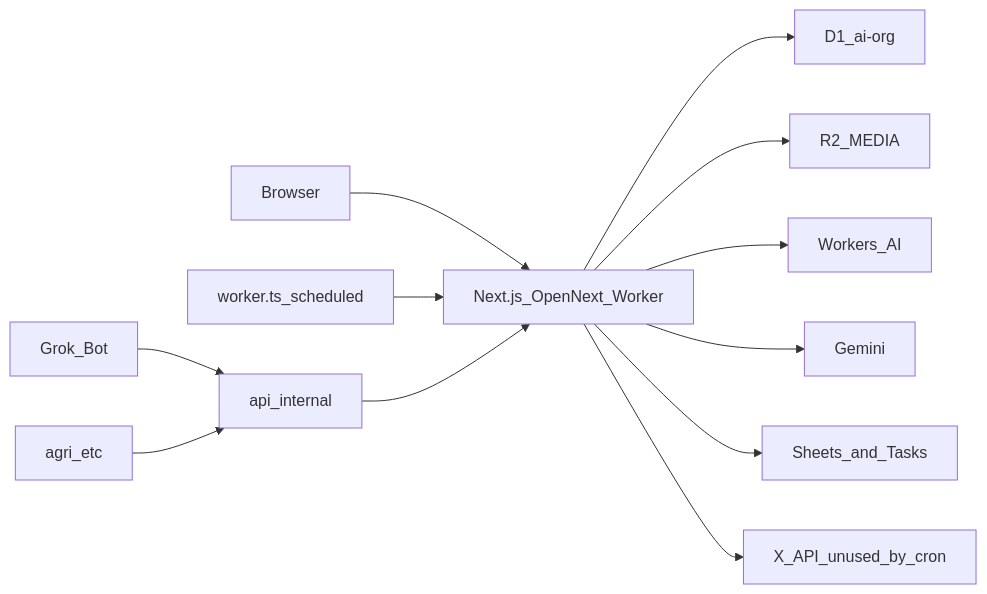
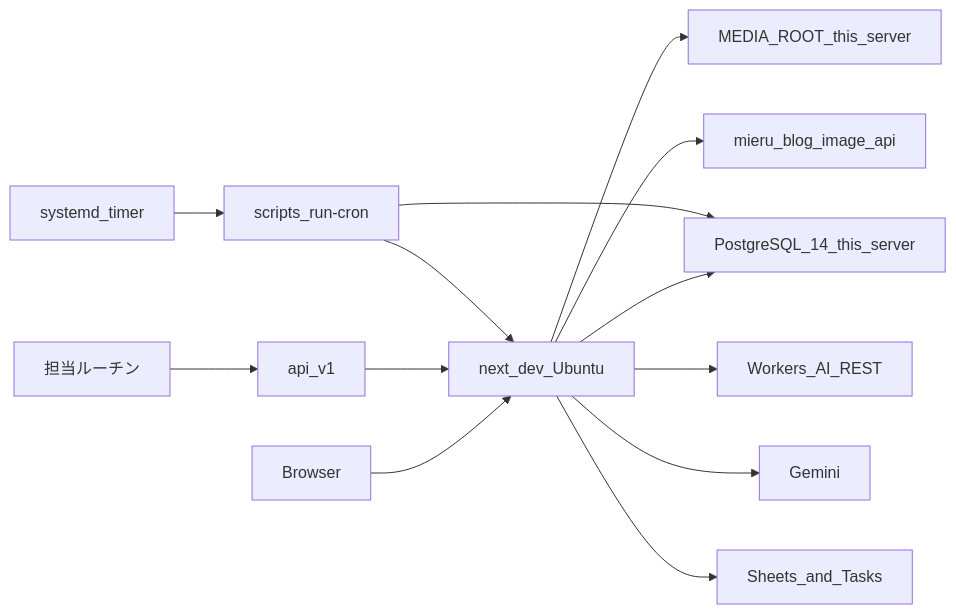
One commit to ssstakahashi/ai-org changed the diagram in docs/architecture.md. Above: the diagram before and after it, drawn with Mermaid. The commit also changed other lines of this file and 92 other files, not shown here.

First line of the commit message:
PostgreSQL 移行と API v1、ボット向け API ルール画面を追加

````diff
--- a/docs/architecture.md
+++ b/docs/architecture.md
@@ -9,14 +9,15 @@
 ```mermaid
 flowchart LR
-  Browser --> Worker["Next.js_OpenNext_Worker"]
-  Cron["worker.ts_scheduled"] --> Worker
-  GrokBot["Grok_Bot"] --> InternalAPI["api_internal"]
-  Agri["agri_etc"] --> InternalAPI
-  InternalAPI --> Worker
-  Worker --> D1["D1_ai-org"]
-  Worker --> R2["R2_MEDIA"]
-  Worker --> WorkersAI["Workers_AI"]
-  Worker --> Gemini
-  Worker --> Google["Sheets_and_Tasks"]
-  Worker --> XAPI["X_API_unused_by_cron"]
+  Browser --> Next["next_dev_Ubuntu"]
+  Routines["担当ルーチン"] --> ApiV1["api_v1"]
+  ApiV1 --> Next
+  Timer["systemd_timer"] --> Cron["scripts_run-cron"]
+  Cron --> Next
+  Next --> Pg["PostgreSQL_14_this_server"]
+  Cron --> Pg
+  Next --> Disk["MEDIA_ROOT_this_server"]
+  Next --> BlogImages["mieru_blog_image_api"]
+  Next --> WorkersAI["Workers_AI_REST"]
+  Next --> Gemini
+  Next --> Google["Sheets_and_Tasks"]
 ```
````
